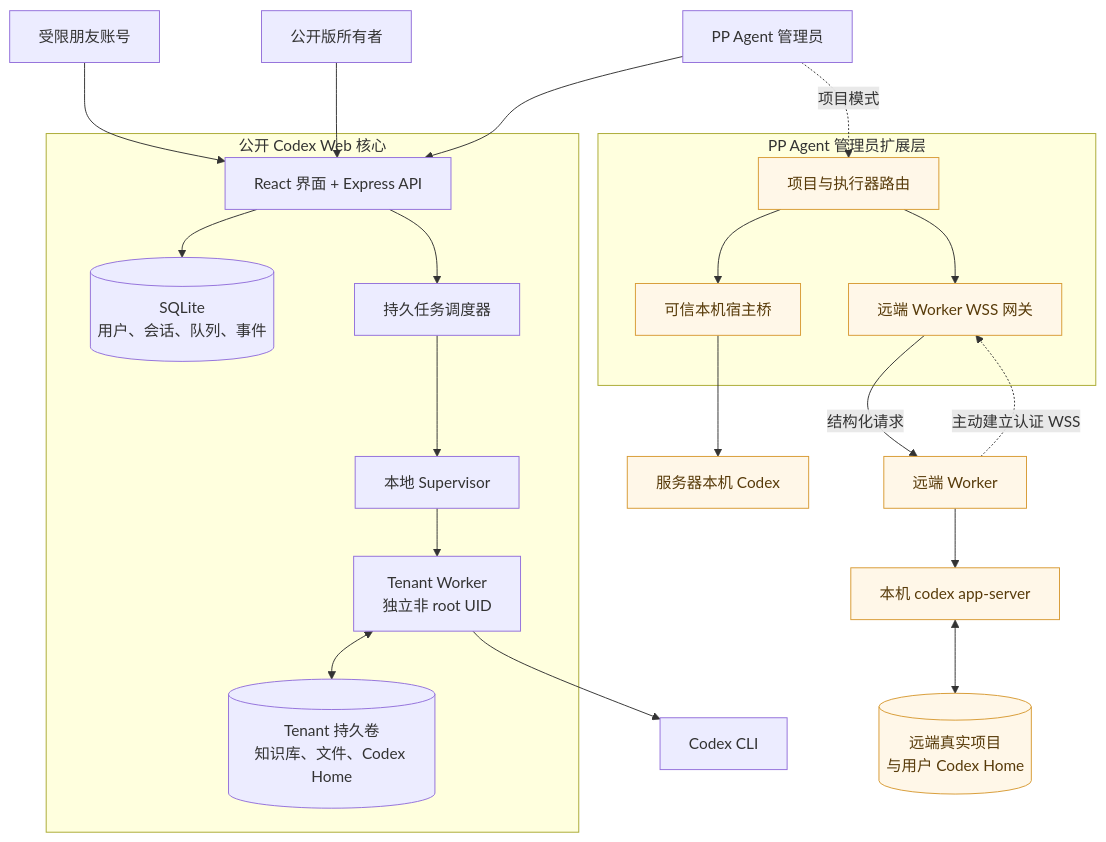
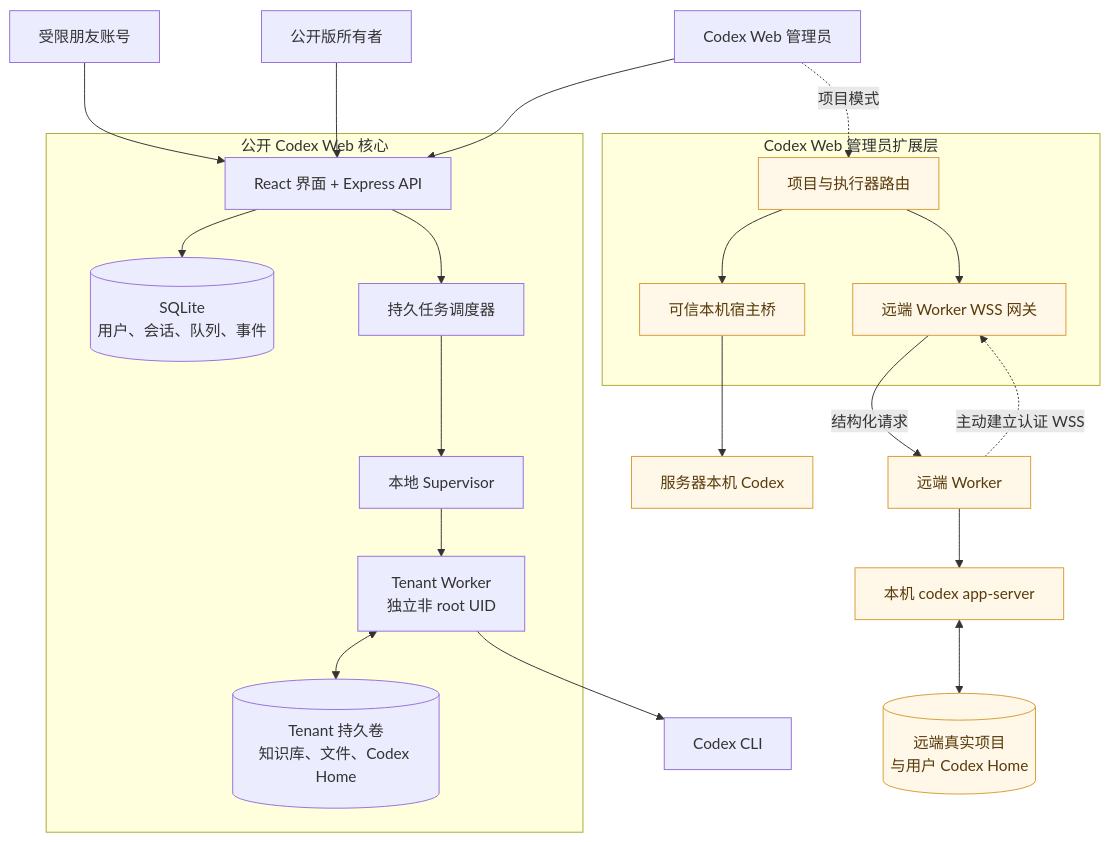
One commit to Raytto/codex-web changed the first of 3 diagrams in README.zh-CN.md. Above: the diagram before and after it, drawn with Mermaid. The commit also changed other lines of this file and 201 other files, not shown here.

Commit message:
sync optional Codex Web features with safe public gates

````diff
--- a/README.zh-CN.md
+++ b/README.zh-CN.md
@@ -57,38 +59,38 @@
 ```mermaid
 flowchart TB
     member["受限朋友账号"] --> web
     owner["公开版所有者"] --> web
-    admin["PP Agent 管理员"] --> web
+    admin["Codex Web 管理员"] --> web
 
     subgraph core["公开 Codex Web 核心"]
         web["React 界面 + Express API"]
         db[("SQLite<br/>用户、会话、队列、事件")]
         queue["持久任务调度器"]
         supervisor["本地 Supervisor"]
         tenant["Tenant Worker<br/>独立非 root UID"]
         tenantState[("Tenant 持久卷<br/>知识库、文件、Codex Home")]
 
         web --> db
         web --> queue --> supervisor --> tenant
         tenant <--> tenantState
     end
 
     tenant --> tenantCodex["Codex CLI"]
 
-    subgraph extension["PP Agent 管理员扩展层"]
+    subgraph extension["Codex Web 管理员扩展层"]
         router["项目与执行器路由"]
         hostBridge["可信本机宿主桥"]
         gateway["远端 Worker WSS 网关"]
     end
 
     admin -. "项目模式" .-> router
     router --> hostBridge --> hostCodex["服务器本机 Codex"]
     router --> gateway
     remoteWorker["远端 Worker"] -. "主动建立认证 WSS" .-> gateway
     gateway -->|"结构化请求"| remoteWorker
     remoteWorker --> appServer["本机 codex app-server"]
     appServer <--> remoteState[("远端真实项目<br/>与用户 Codex Home")]
 
     classDef extensionNode fill:#fff7e8,stroke:#d89b35,color:#583b0a;
     class router,hostBridge,gateway,hostCodex,remoteWorker,appServer,remoteState extensionNode;
 ```
````
